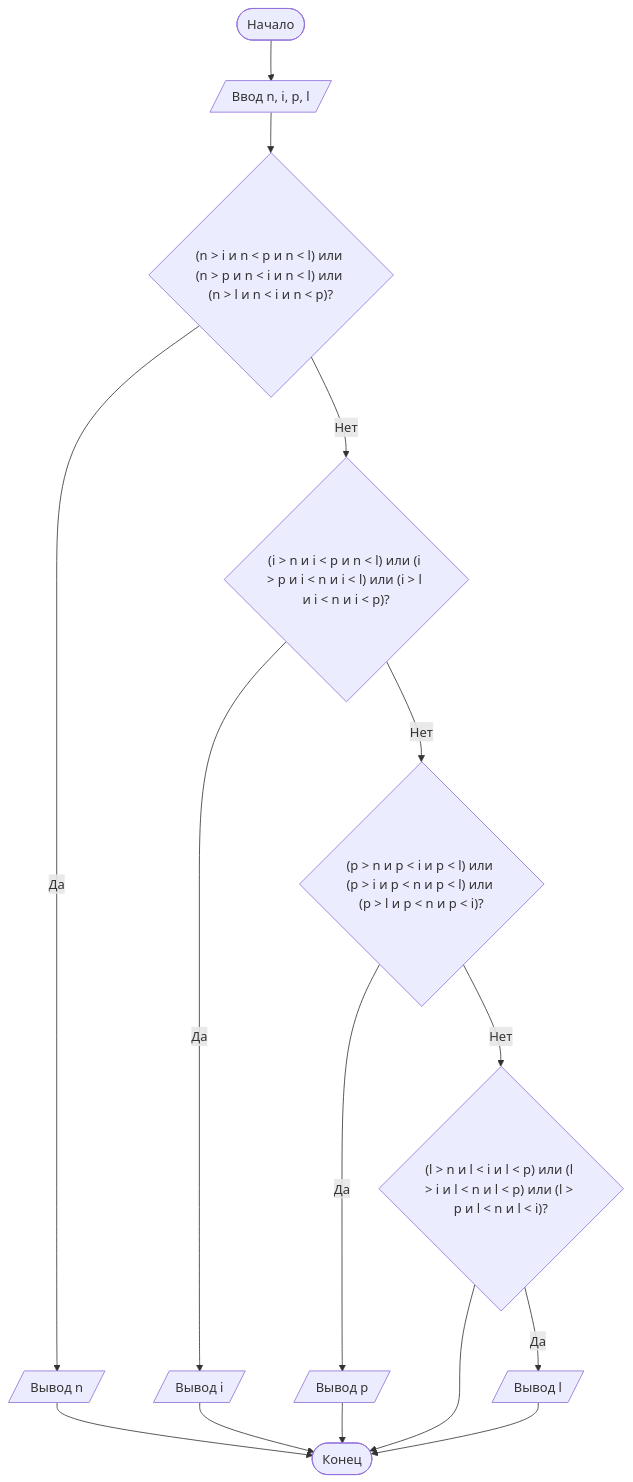
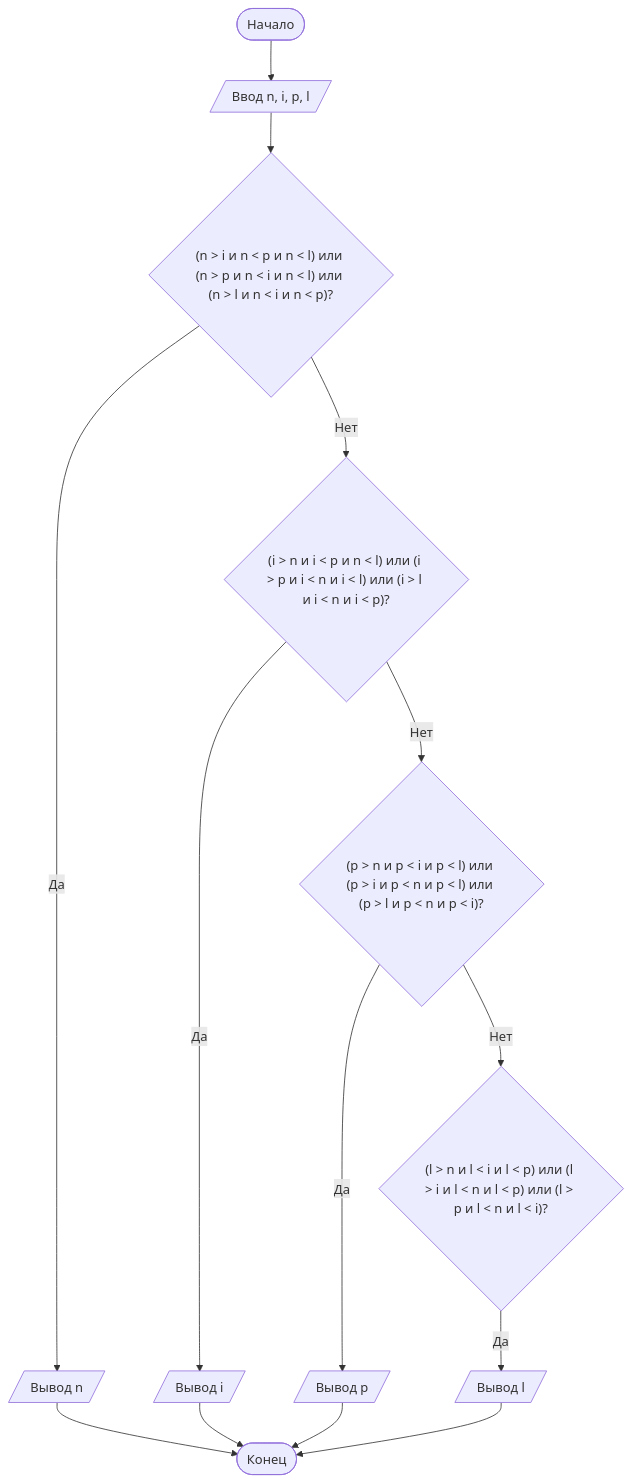
The diagram in README.md (Fipip28/laboratornaya-rabota-1), drawn with Mermaid before and after one commit.

````diff
--- a/README.md
+++ b/README.md
@@ -110,17 +110,16 @@
 ```mermaid
 graph TD
     A([Начало]) --> B[/Ввод n, i, p, l/]
     B --> C{"(n > i и n < p и n < l) или (n > p и n < i и n < l) или (n > l и n < i и n < p)?"}
     C -- Да --> D[/Вывод n/]
     C -- Нет --> E{"(i > n и i < p и n < l) или (i > p и i < n и i < l) или (i > l и i < n и i < p)?"}
     E -- Да --> F[/Вывод i/]
     E -- Нет --> G{"(p > n и p < i и p < l) или (p > i и p < n и p < l) или (p > l и p < n и p < i)?"}
     G -- Да --> H[/Вывод p/]
     G -- Нет --> I{"(l > n и l < i и l < p) или (l > i и l < n и l < p) или (l > p и l < n и l < i)?"}
     I -- Да --> K[/Вывод l/]
     D --> J([Конец])
     F --> J
     H --> J
-    I --> J
     K --> J
 ```
````
